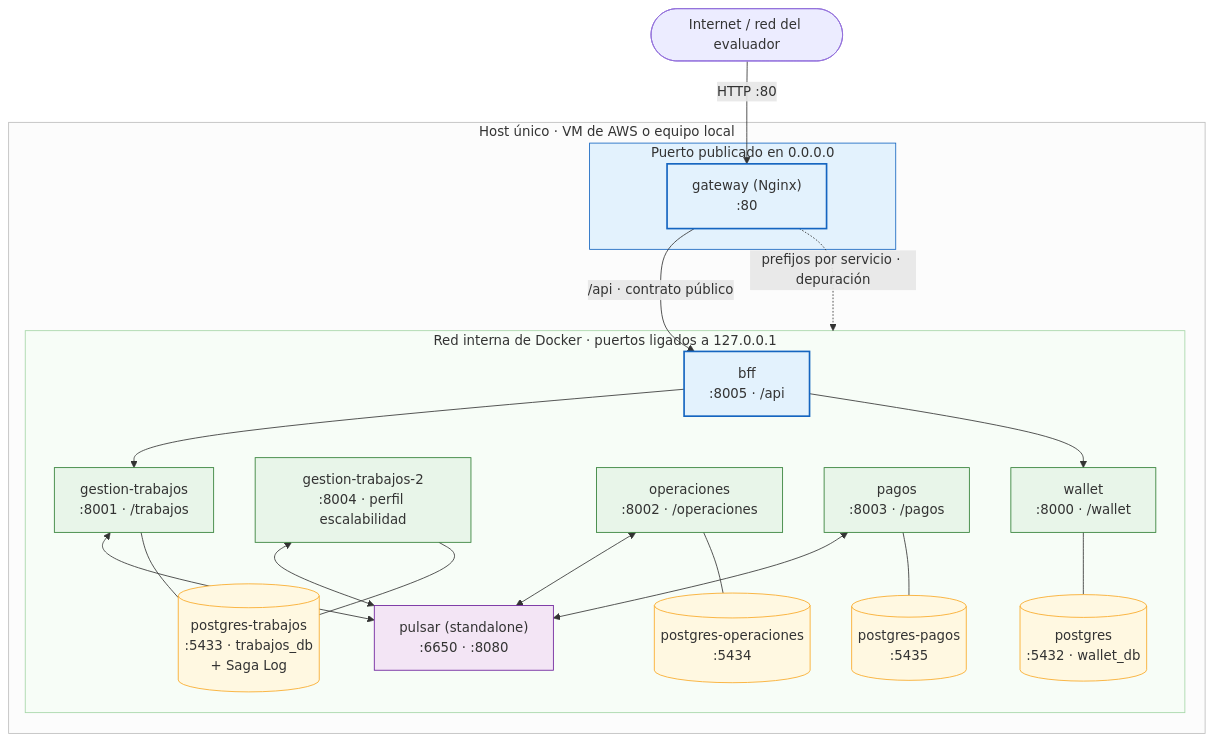
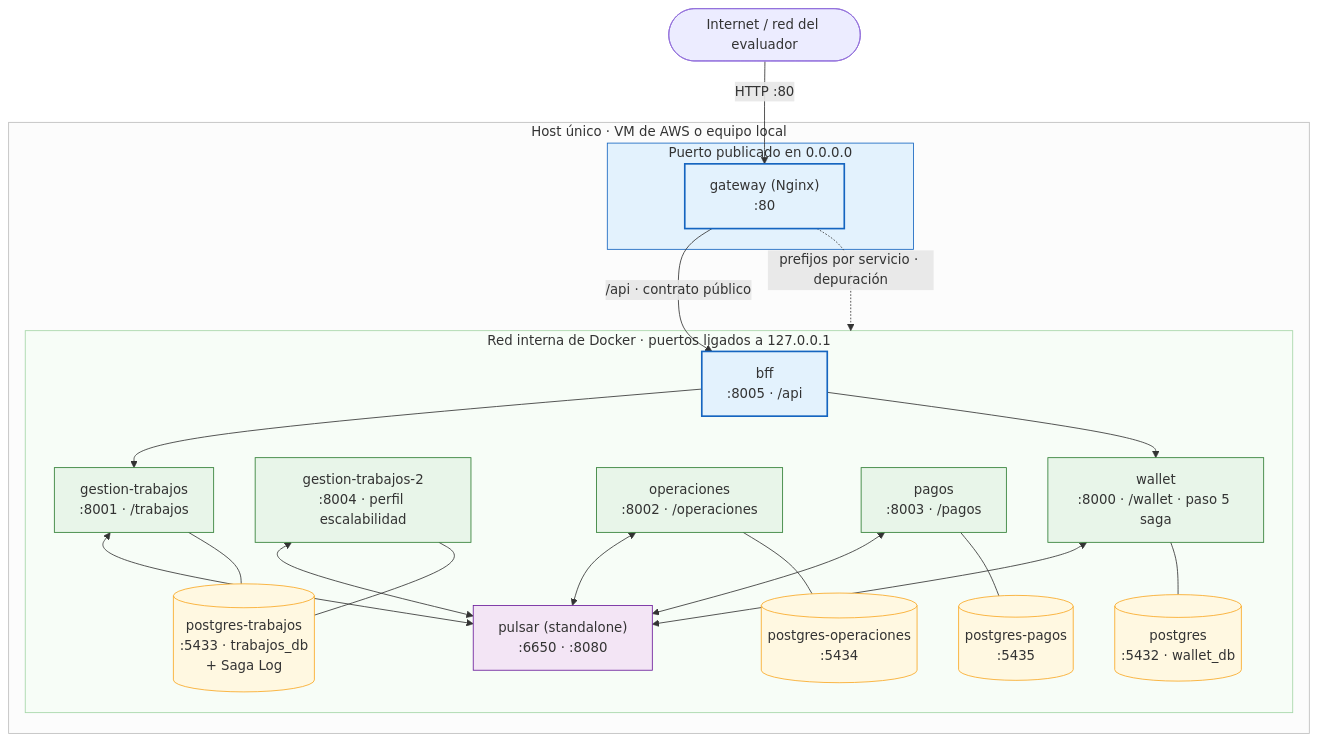
One commit to criscont17/hogar-de-los-alpes changed the sixth of 6 diagrams in docs/semana-7/arquitectura-to-be-refinada.md. Above: the diagram before and after it, drawn with Mermaid. The commit also changed other lines of this file and 8 other files, not shown here.

````diff
--- a/docs/semana-7/arquitectura-to-be-refinada.md
+++ b/docs/semana-7/arquitectura-to-be-refinada.md
@@ -308,55 +384,56 @@
 ```mermaid
 flowchart TB
     NET(["Internet / red del evaluador"])
 
     subgraph VM["Host único · VM de AWS o equipo local"]
         subgraph PUB["Puerto publicado en 0.0.0.0"]
             GW["gateway (Nginx)<br/>:80"]
         end
 
         subgraph RED["Red interna de Docker · puertos ligados a 127.0.0.1"]
             BFF["bff<br/>:8005 · /api"]
             CORE["gestion-trabajos<br/>:8001 · /trabajos"]
             CORE2["gestion-trabajos-2<br/>:8004 · perfil escalabilidad"]
             OPS["operaciones<br/>:8002 · /operaciones"]
             PAG["pagos<br/>:8003 · /pagos"]
-            WAL["wallet<br/>:8000 · /wallet"]
+            WAL["wallet<br/>:8000 · /wallet · paso 5 saga"]
             BUS["pulsar (standalone)<br/>:6650 · :8080"]
 
             DBT[("postgres-trabajos<br/>:5433 · trabajos_db<br/>+ Saga Log")]
             DBO[("postgres-operaciones<br/>:5434")]
             DBP[("postgres-pagos<br/>:5435")]
             DBW[("postgres<br/>:5432 · wallet_db")]
         end
     end
 
     NET -->|"HTTP :80"| GW
     GW -->|"/api · contrato público"| BFF
     GW -.->|"prefijos por servicio · depuración"| RED
 
     BFF --> CORE
     BFF --> WAL
 
     CORE <--> BUS
     CORE2 <--> BUS
     OPS <--> BUS
     PAG <--> BUS
+    WAL <--> BUS
 
     CORE --- DBT
     CORE2 --- DBT
     OPS --- DBO
     PAG --- DBP
     WAL --- DBW
 
     classDef pub fill:#e3f2fd,stroke:#1565c0,stroke-width:2px
     classDef svc fill:#e8f5e9,stroke:#2e7d32
     classDef db fill:#fff8e1,stroke:#f9a825
     classDef bus fill:#f3e5f5,stroke:#6a1b9a
     class GW,BFF pub
     class CORE,CORE2,OPS,PAG,WAL svc
     class DBT,DBO,DBP,DBW db
     class BUS bus
     style VM fill:#fcfcfc,stroke:#bdbdbd
     style PUB fill:#e3f2fd,stroke:#1565c0
     style RED fill:#f7fdf7,stroke:#a5d6a7
 ```
````
